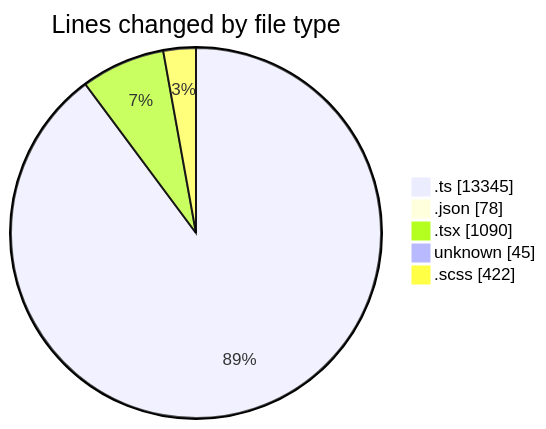
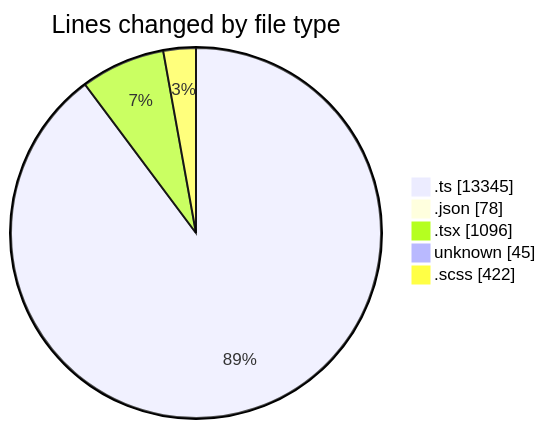
The first of 2 diagrams in 2025-08-29/cda/README.md (momahboobian/code-tracking), drawn with Mermaid before and after one commit. The commit also changed other lines of this file and 1 other file, not shown here.

````diff
--- a/2025-08-29/cda/README.md
+++ b/2025-08-29/cda/README.md
@@ -31,9 +31,9 @@
 ```mermaid
 pie showData
 title Lines changed by file type
 ".ts" : 13345
 ".json" : 78
-".tsx" : 1090
+".tsx" : 1096
 "unknown" : 45
 ".scss" : 422
 ```
````
